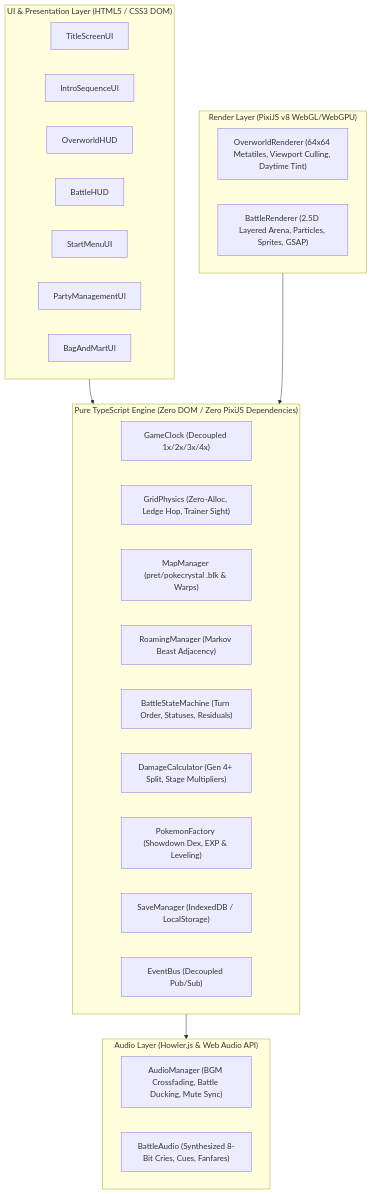
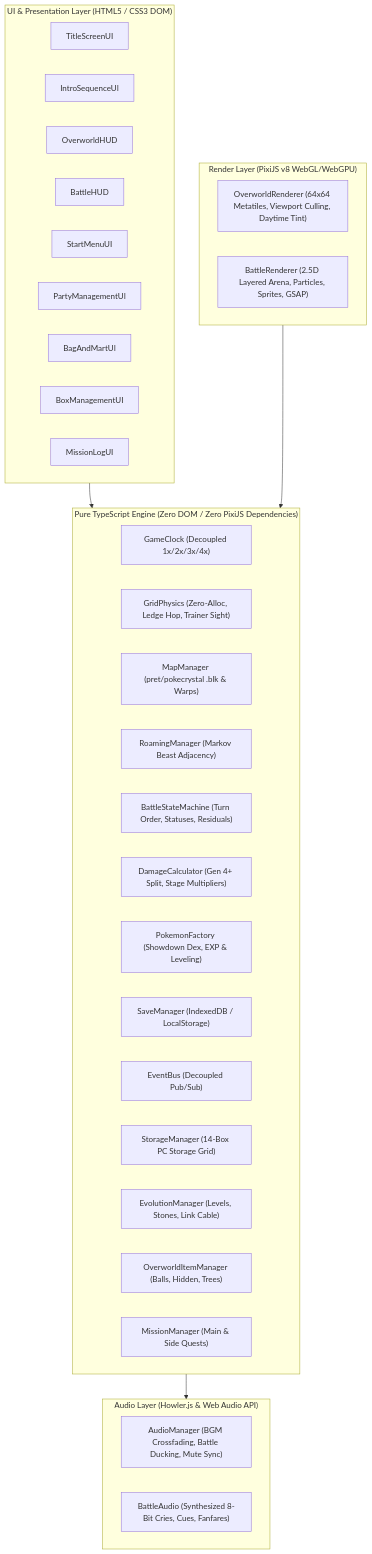
The first of 2 diagrams in ARCHITECTURE.md (jbveiga/crystal-overdrive), drawn with Mermaid before and after one commit. The commit also changed other lines of this file and 8 other files, not shown here.

Commit message:
fix(overworld): fix Violet PC coordinates, hide radar in battle, and add solid item/tree collision (TICKET-BUGFIX-PC-RADAR-COLLISION-01)

````diff
--- a/ARCHITECTURE.md
+++ b/ARCHITECTURE.md
@@ -13,38 +13,44 @@
 ```mermaid
 flowchart TD
     subgraph UI_Layer["UI & Presentation Layer (HTML5 / CSS3 DOM)"]
         TSUI["TitleScreenUI"]
         ISUI["IntroSequenceUI"]
         OHUD["OverworldHUD"]
         BHUD["BattleHUD"]
         SM["StartMenuUI"]
         PM["PartyManagementUI"]
         BM["BagAndMartUI"]
+        BMUI["BoxManagementUI"]
+        MLUI["MissionLogUI"]
     end
 
     subgraph Render_Layer["Render Layer (PixiJS v8 WebGL/WebGPU)"]
         OR["OverworldRenderer (64x64 Metatiles, Viewport Culling, Daytime Tint)"]
         BR["BattleRenderer (2.5D Layered Arena, Particles, Sprites, GSAP)"]
     end
 
     subgraph Pure_Logic["Pure TypeScript Engine (Zero DOM / Zero PixiJS Dependencies)"]
         GC["GameClock (Decoupled 1x/2x/3x/4x)"]
         GP["GridPhysics (Zero-Alloc, Ledge Hop, Trainer Sight)"]
         MM["MapManager (pret/pokecrystal .blk & Warps)"]
         RM["RoamingManager (Markov Beast Adjacency)"]
         BSM["BattleStateMachine (Turn Order, Statuses, Residuals)"]
         DC["DamageCalculator (Gen 4+ Split, Stage Multipliers)"]
         PF["PokemonFactory (Showdown Dex, EXP & Leveling)"]
         SMAN["SaveManager (IndexedDB / LocalStorage)"]
         EB["EventBus (Decoupled Pub/Sub)"]
+        STM["StorageManager (14-Box PC Storage Grid)"]
+        EVM["EvolutionManager (Levels, Stones, Link Cable)"]
+        OIM["OverworldItemManager (Balls, Hidden, Trees)"]
+        MSM["MissionManager (Main & Side Quests)"]
     end
 
     subgraph Audio_Layer["Audio Layer (Howler.js & Web Audio API)"]
         AM["AudioManager (BGM Crossfading, Battle Ducking, Mute Sync)"]
         BA["BattleAudio (Synthesized 8-Bit Cries, Cues, Fanfares)"]
     end
 
     UI_Layer --> Pure_Logic
     Render_Layer --> Pure_Logic
     Pure_Logic --> Audio_Layer
 ```
````
